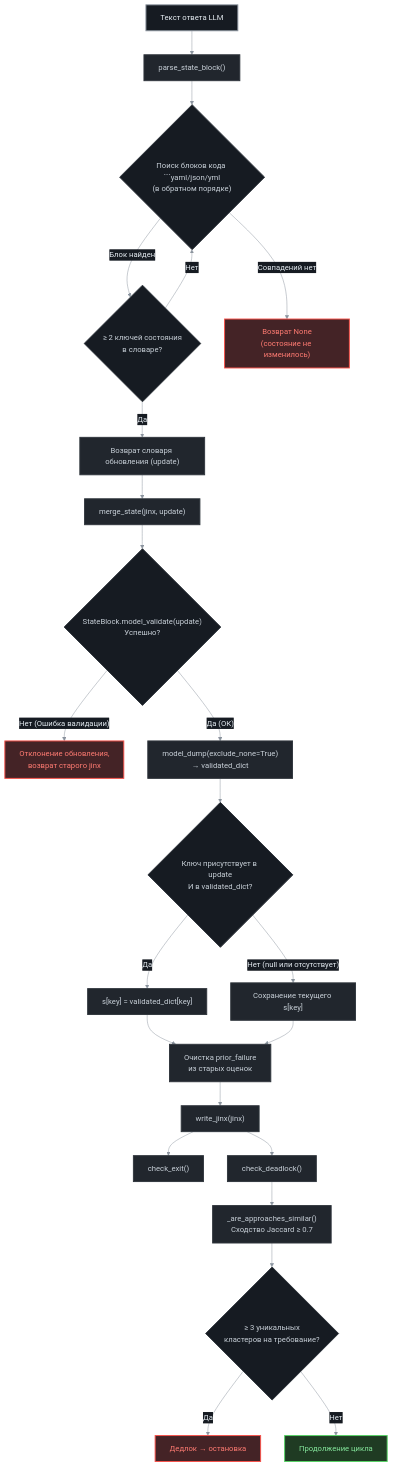
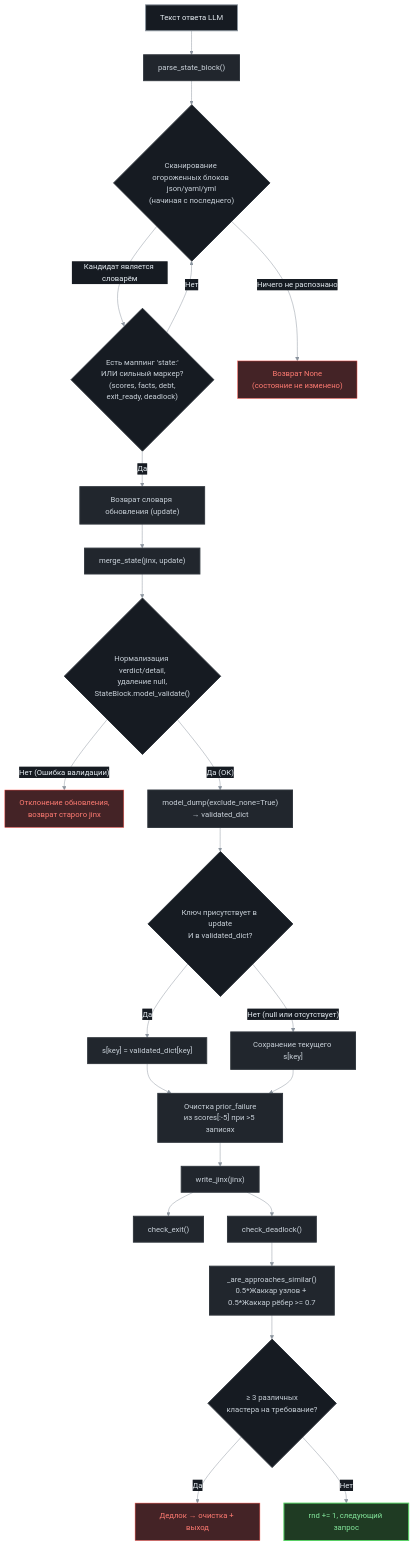
One commit to apxgpt/agent changed the third of 5 diagrams in README_RU.md. Above: the diagram before and after it, drawn with Mermaid. The commit also changed other lines of this file and 24 other files, not shown here.

````diff
--- a/README_RU.md
+++ b/README_RU.md
@@ -226,34 +309,34 @@
 ```mermaid
 %%{init: {'theme': 'base', 'themeVariables': {"darkMode": true, "background": "#0d1117", "primaryColor": "#21262d", "primaryTextColor": "#e6edf3", "primaryBorderColor": "#8b949e", "lineColor": "#8b949e", "textColor": "#e6edf3", "edgeLabelBackground": "#161b22", "mainBkg": "#21262d", "nodeBorder": "#8b949e", "nodeTextColor": "#e6edf3"}}}%%
 flowchart TD
     classDef start fill:#161b22,stroke:#8b949e,stroke-width:2px,color:#e6edf3;
     classDef process fill:#21262d,stroke:#30363d,stroke-width:2px,color:#c9d1d9;
     classDef decision fill:#161b22,stroke:#30363d,stroke-width:2px,color:#c9d1d9;
     classDef success fill:#1f3b23,stroke:#56d364,stroke-width:2px,color:#85e89d;
-    classDef danger fill:#442326,stroke:#f85149,stroke-width:2px,color:#ff7b72;
+    classDef danger fill:#442326,stroke:#f85149,color:#ff7b72;
 
     A["Текст ответа LLM"]:::start --> B["parse_state_block()"]:::process
-    B --> C{"Поиск блоков кода ```yaml/json/yml<br/>(в обратном порядке)"}:::decision
-    C -->|"Блок найден"| D{"≥ 2 ключей состояния<br/>в словаре?"}:::decision
+    B --> C{"Сканирование огороженных блоков json/yaml/yml<br/>(начиная с последнего)"}:::decision
+    C -->|"Кандидат является словарём"| D{"Есть маппинг 'state:'<br/>ИЛИ сильный маркер?<br/>(scores, facts, debt,<br/>exit_ready, deadlock)"}:::decision
     D -->|"Да"| E["Возврат словаря обновления (update)"]:::process
     D -->|"Нет"| C
-    C -->|"Совпадений нет"| F["Возврат None<br/>(состояние не изменилось)"]:::danger
+    C -->|"Ничего не распознано"| F["Возврат None<br/>(состояние не изменено)"]:::danger
 
     E --> G["merge_state(jinx, update)"]:::process
-    G --> H{"StateBlock.model_validate(update)<br/>Успешно?"}:::decision
+    G --> H{"Нормализация verdict/detail,<br/>удаление null,<br/>StateBlock.model_validate()"}:::decision
     H -->|"Нет (Ошибка валидации)"| I["Отклонение обновления,<br/>возврат старого jinx"]:::danger
     H -->|"Да (ОК)"| J["model_dump(exclude_none=True)<br/>→ validated_dict"]:::process
     J --> K{"Ключ присутствует в update<br/>И в validated_dict?"}:::decision
     K -->|"Да"| L["s[key] = validated_dict[key]"]:::process
     K -->|"Нет (null или отсутствует)"| M["Сохранение текущего s[key]"]:::process
-    L --> N["Очистка prior_failure<br/>из старых оценок"]:::process
+    L --> N["Очистка prior_failure<br/>из scores[:-5] при >5 записях"]:::process
     M --> N
     N --> O["write_jinx(jinx)"]:::process
 
     O --> P["check_exit()"]:::process
     O --> Q["check_deadlock()"]:::process
-    Q --> R["_are_approaches_similar()<br/>Сходство Jaccard ≥ 0.7"]:::process
-    R --> S{"≥ 3 уникальных<br/>кластеров на требование?"}:::decision
-    S -->|"Да"| T["Дедлок → остановка"]:::danger
-    S -->|"Нет"| U["Продолжение цикла"]:::success
+    Q --> R["_are_approaches_similar()<br/>0.5*Жаккар узлов + 0.5*Жаккар рёбер >= 0.7"]:::process
+    R --> S{"≥ 3 различных<br/>кластера на требование?"}:::decision
+    S -->|"Да"| T["Дедлок → очистка + выход"]:::danger
+    S -->|"Нет"| U["rnd += 1, следующий запрос"]:::success
 ```
````
